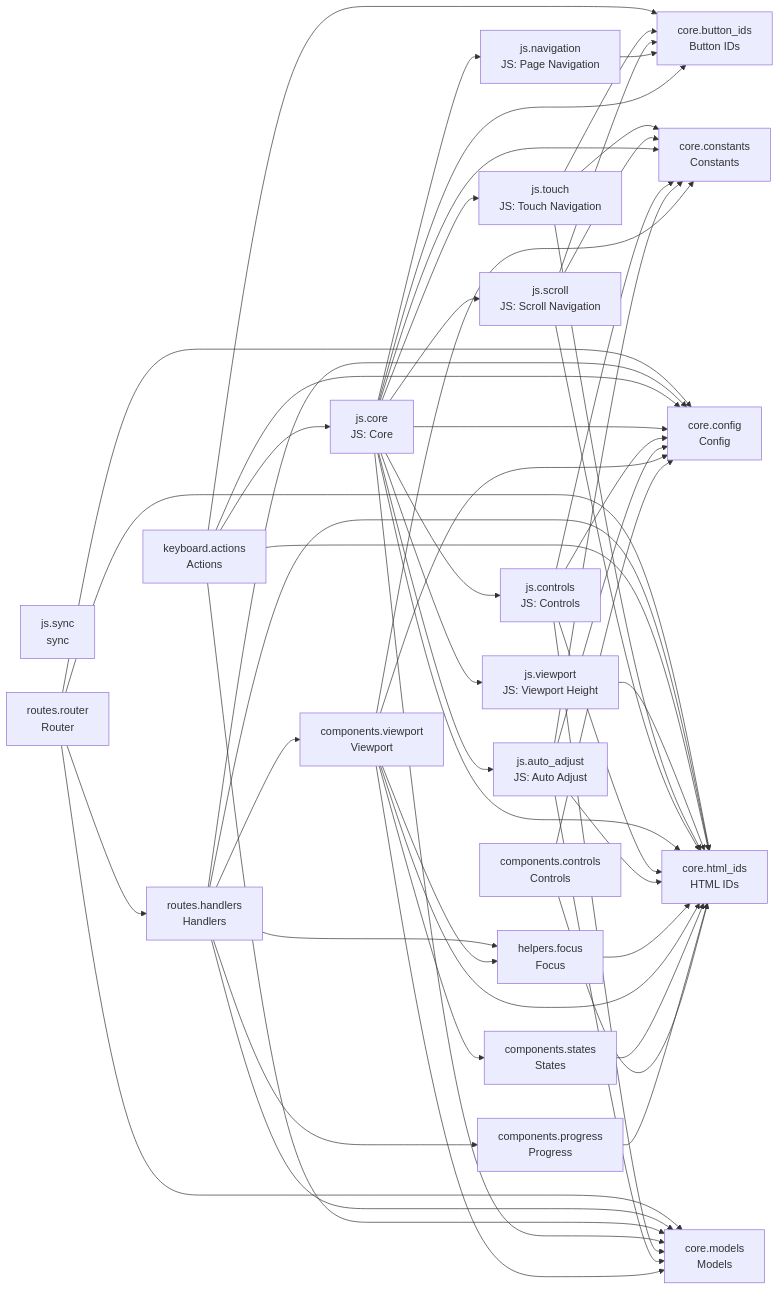
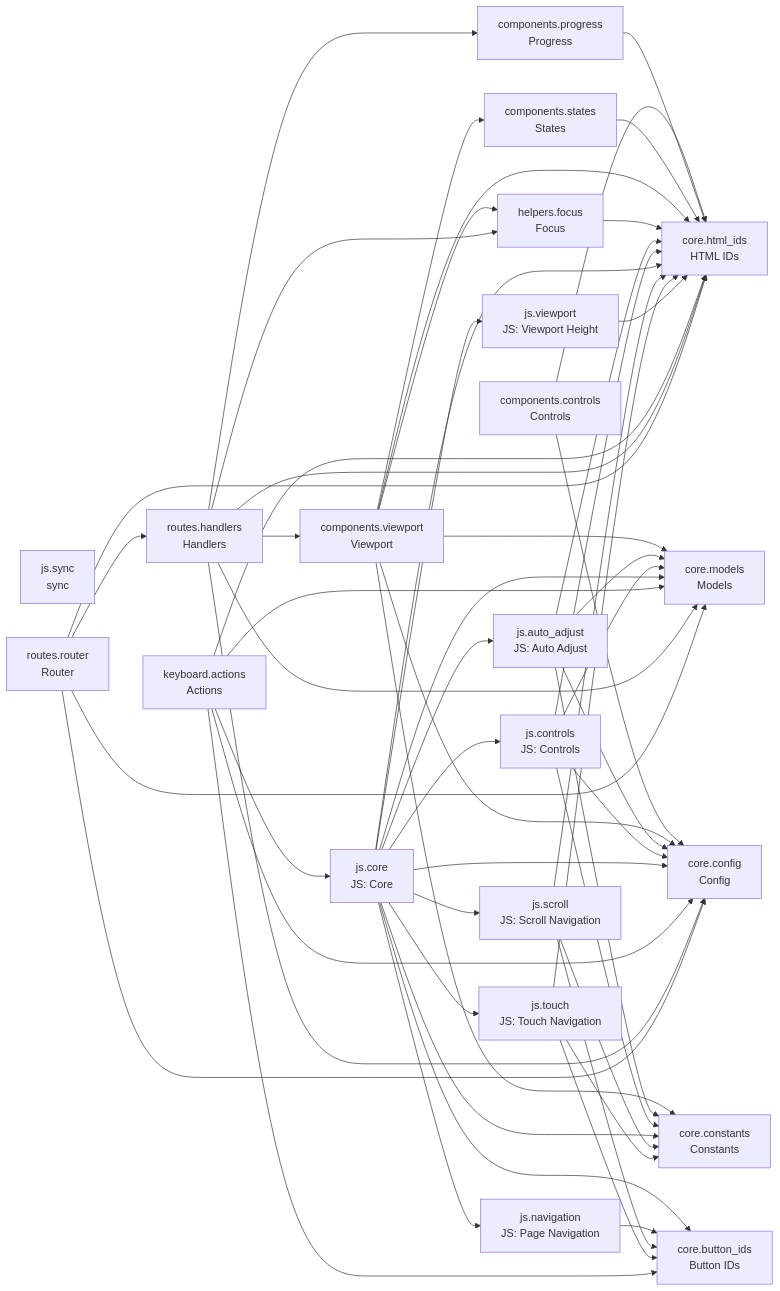
One commit to cj-mills/cjm-fasthtml-card-stack changed the diagram in README.md. Above: the diagram before and after it, drawn with Mermaid. The commit also changed other lines of this file and 4 other files, not shown here.

````diff
--- a/README.md
+++ b/README.md
@@ -47,78 +47,78 @@
 ``` mermaid
 graph LR
     components_controls[components.controls<br/>Controls]
     components_progress[components.progress<br/>Progress]
     components_states[components.states<br/>States]
     components_viewport[components.viewport<br/>Viewport]
     core_button_ids[core.button_ids<br/>Button IDs]
     core_config[core.config<br/>Config]
     core_constants[core.constants<br/>Constants]
     core_html_ids[core.html_ids<br/>HTML IDs]
     core_models[core.models<br/>Models]
     helpers_focus[helpers.focus<br/>Focus]
     js_auto_adjust[js.auto_adjust<br/>JS: Auto Adjust]
     js_controls[js.controls<br/>JS: Controls]
     js_core[js.core<br/>JS: Core]
     js_navigation[js.navigation<br/>JS: Page Navigation]
     js_scroll[js.scroll<br/>JS: Scroll Navigation]
     js_sync[js.sync<br/>sync]
     js_touch[js.touch<br/>JS: Touch Navigation]
     js_viewport[js.viewport<br/>JS: Viewport Height]
     keyboard_actions[keyboard.actions<br/>Actions]
     routes_handlers[routes.handlers<br/>Handlers]
     routes_router[routes.router<br/>Router]
 
     components_controls --> core_config
     components_controls --> core_html_ids
     components_progress --> core_html_ids
     components_states --> core_html_ids
-    components_viewport --> helpers_focus
+    components_viewport --> components_states
+    components_viewport --> core_models
     components_viewport --> core_config
     components_viewport --> core_constants
-    components_viewport --> components_states
     components_viewport --> core_html_ids
-    components_viewport --> core_models
+    components_viewport --> helpers_focus
     helpers_focus --> core_html_ids
     js_auto_adjust --> core_html_ids
-    js_auto_adjust --> core_models
     js_auto_adjust --> core_constants
     js_auto_adjust --> core_config
+    js_auto_adjust --> core_models
+    js_controls --> core_html_ids
     js_controls --> core_constants
-    js_controls --> core_html_ids
+    js_controls --> core_config
     js_controls --> core_models
-    js_controls --> core_config
+    js_core --> js_scroll
     js_core --> core_constants
+    js_core --> js_navigation
+    js_core --> core_config
+    js_core --> js_auto_adjust
     js_core --> js_controls
-    js_core --> js_scroll
-    js_core --> core_button_ids
-    js_core --> core_config
-    js_core --> js_navigation
     js_core --> core_html_ids
-    js_core --> core_models
     js_core --> js_touch
     js_core --> js_viewport
-    js_core --> js_auto_adjust
+    js_core --> core_models
+    js_core --> core_button_ids
     js_navigation --> core_button_ids
+    js_scroll --> core_html_ids
+    js_scroll --> core_constants
     js_scroll --> core_button_ids
-    js_scroll --> core_constants
-    js_scroll --> core_html_ids
+    js_touch --> core_html_ids
+    js_touch --> core_constants
     js_touch --> core_button_ids
-    js_touch --> core_constants
-    js_touch --> core_html_ids
     js_viewport --> core_html_ids
+    keyboard_actions --> core_config
+    keyboard_actions --> core_html_ids
     keyboard_actions --> js_core
     keyboard_actions --> core_button_ids
-    keyboard_actions --> core_config
-    keyboard_actions --> core_html_ids
     keyboard_actions --> core_models
+    routes_handlers --> components_viewport
+    routes_handlers --> core_models
     routes_handlers --> helpers_focus
     routes_handlers --> core_config
     routes_handlers --> core_html_ids
-    routes_handlers --> core_models
-    routes_handlers --> components_viewport
     routes_handlers --> components_progress
     routes_router --> routes_handlers
+    routes_router --> core_models
     routes_router --> core_config
     routes_router --> core_html_ids
-    routes_router --> core_models
 ```
````
